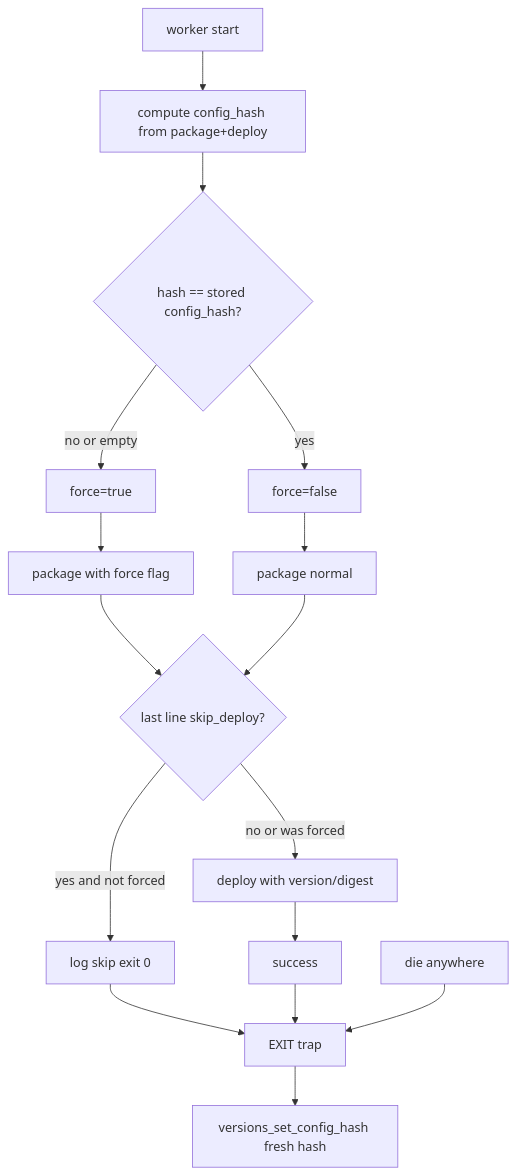
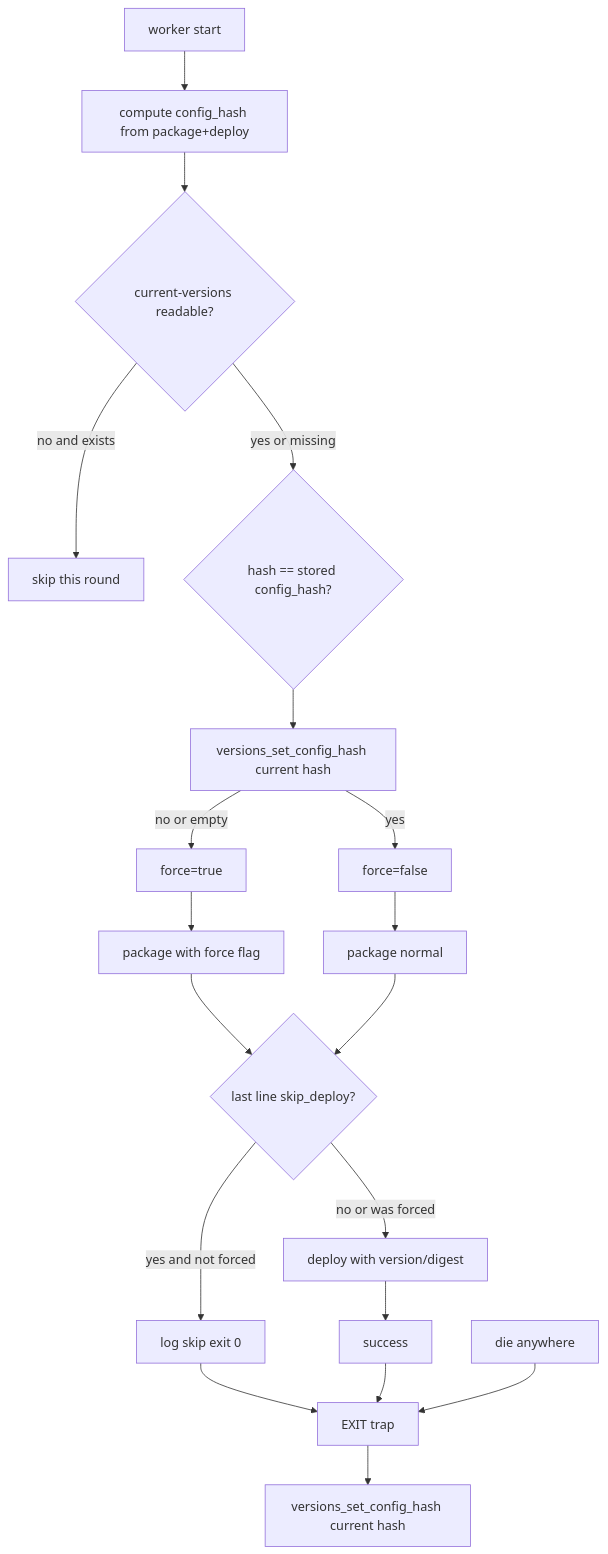
One commit to wifi504/easy-deploy changed the diagram in prompt/config-hash.plan.md. Above: the diagram before and after it, drawn with Mermaid. The commit also changed other lines of this file and 4 other files, not shown here.

````diff
--- a/prompt/config-hash.plan.md
+++ b/prompt/config-hash.plan.md
@@ -22,18 +24,21 @@
 ```mermaid
 flowchart TD
   start[worker start] --> hash[compute config_hash from package+deploy]
-  hash --> cmp{hash == stored config_hash?}
-  cmp -->|no or empty| force[force=true]
-  cmp -->|yes| forceOff[force=false]
+  hash --> readable{current-versions readable?}
+  readable -->|no and exists| skipRound[skip this round]
+  readable -->|yes or missing| cmp{hash == stored config_hash?}
+  cmp --> saveNow[versions_set_config_hash current hash]
+  saveNow -->|no or empty| force[force=true]
+  saveNow -->|yes| forceOff[force=false]
   force --> pkg[package with force flag]
   forceOff --> pkg2[package normal]
   pkg --> skip{last line skip_deploy?}
   pkg2 --> skip
   skip -->|yes and not forced| trueSkip[log skip exit 0]
   skip -->|no or was forced| deploy[deploy with version/digest]
   deploy --> endOk[success]
   trueSkip --> exitTrap
   endOk --> exitTrap
   fail[die anywhere] --> exitTrap
-  exitTrap[EXIT trap] --> save[versions_set_config_hash fresh hash]
+  exitTrap[EXIT trap] --> save[versions_set_config_hash current hash]
 ```
````
